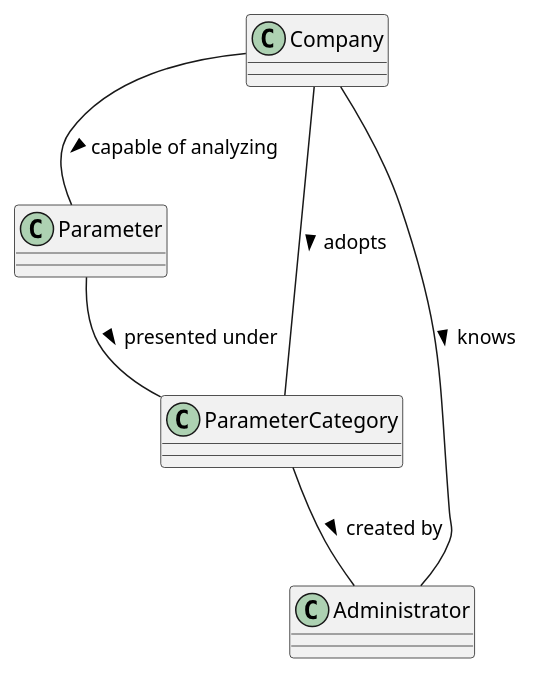
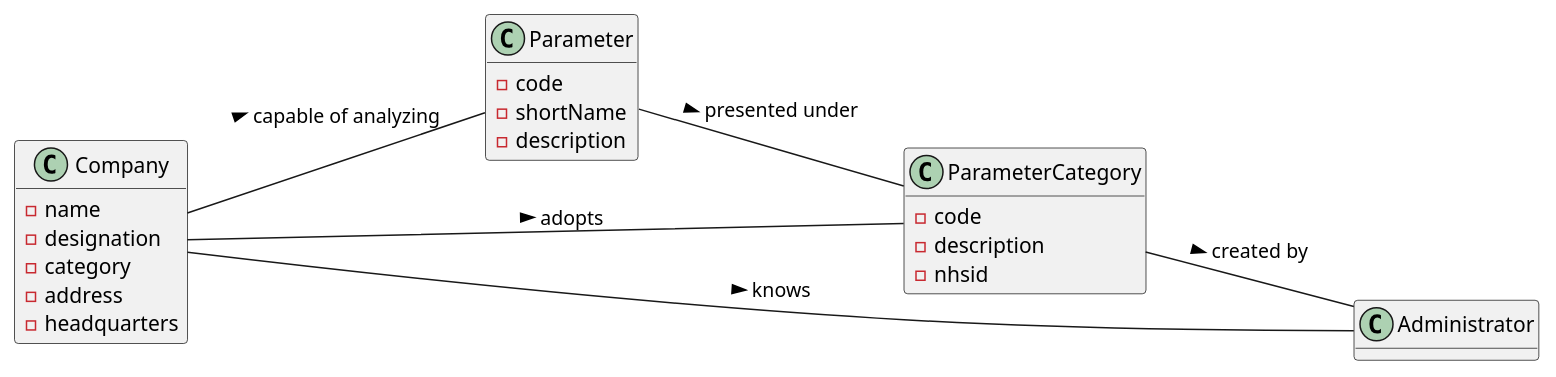
Before and after one commit to manu-07-ela/LAPR2_ISEP: the diagram in docs/SprintB/US10/US10_DM.puml, drawn with PlantUML. The commit also changed 4 other files, not shown here.

```diff
--- a/docs/SprintB/US10/US10_DM.puml
+++ b/docs/SprintB/US10/US10_DM.puml
@@ -1,17 +1,40 @@
 @startuml
 'https://plantuml.com/class-diagram
+hide methods
+left to right direction
 
 class Company
 class Parameter
 class ParameterCategory
 class Administrator
 
 Company -- Parameter : capable of analyzing >
 Company -- ParameterCategory : adopts >
 Company -- Administrator : knows >
 
 Parameter -- ParameterCategory : presented under >
 
 ParameterCategory -- Administrator : created by >
 
+
+class Company{
+-name
+-designation
+-category
+-address
+-headquarters
+}
+
+class Parameter{
+-code
+-shortName
+-description
+}
+
+class ParameterCategory{
+-code
+-description
+-nhsid
+}
+
 @enduml
```
